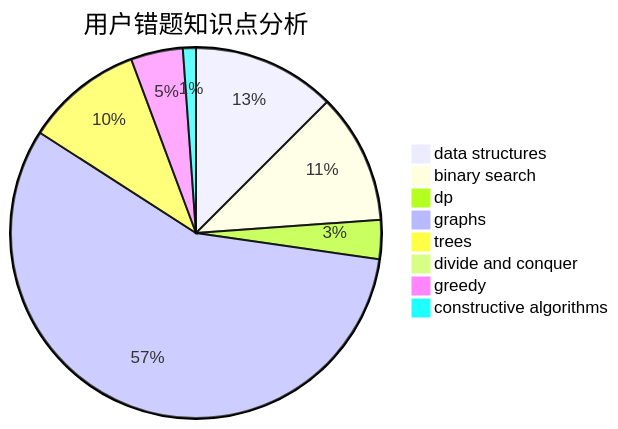
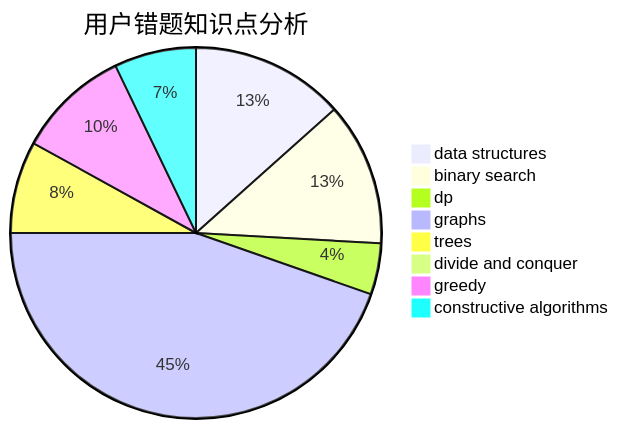
The third of 3 diagrams in docs/user/u1599.md (sherpahu/cfrs.github.io), drawn with Mermaid before and after one commit. The commit also changed other lines of this file and 2770 other files, not shown here.

````diff
--- a/docs/user/u1599.md
+++ b/docs/user/u1599.md
@@ -36,11 +36,11 @@
 ```mermaid
 pie title 用户错题知识点分析
-    "data structures" :  11
-    "binary search" :  10
-    "dp" :  3
+    "data structures" :  15
+    "binary search" :  14
+    "dp" :  5
     "graphs" :  50
     "trees" :  9
     "divide and conquer" :  0
-    "greedy" :  4
-    "constructive algorithms" :  1
+    "greedy" :  11
+    "constructive algorithms" :  8
 ```
````
